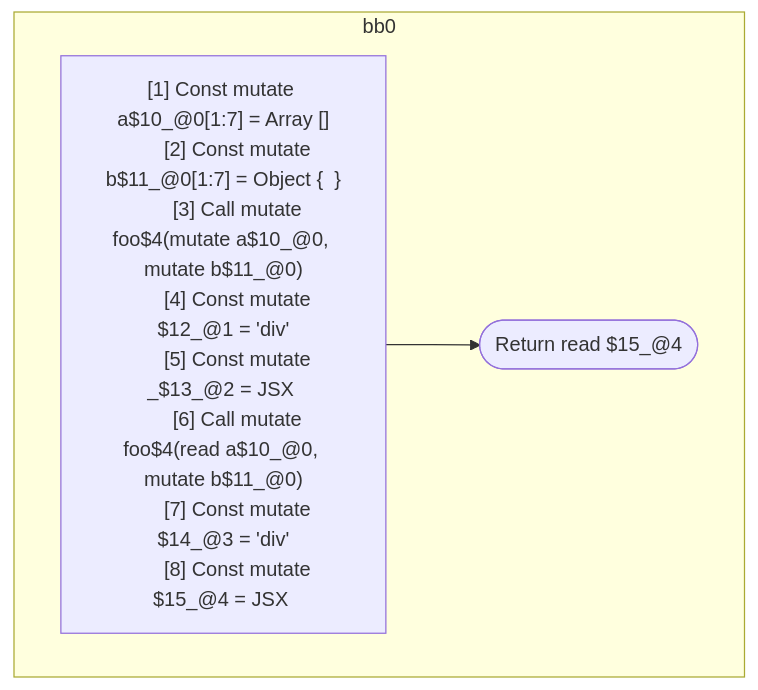
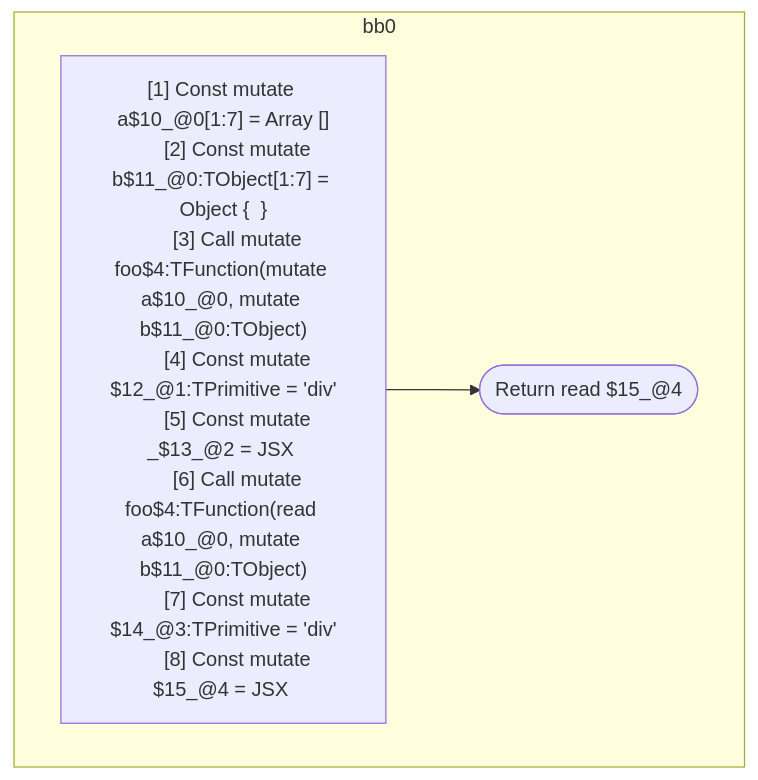
The second of 2 diagrams in compiler/forget/src/__tests__/fixtures/hir/ssa-call-jsx.expect.md (wutsmog/private), drawn with Mermaid before and after one commit. The commit also changed other lines of this file and 112 other files, not shown here.

````diff
--- a/compiler/forget/src/__tests__/fixtures/hir/ssa-call-jsx.expect.md
+++ b/compiler/forget/src/__tests__/fixtures/hir/ssa-call-jsx.expect.md
@@ -103,20 +103,20 @@
 ```mermaid
 flowchart TB
   %% Basic Blocks
   subgraph bb0
     bb0_instrs["
       [1] Const mutate a$10_@0[1:7] = Array []
-      [2] Const mutate b$11_@0[1:7] = Object {  }
-      [3] Call mutate foo$4(mutate a$10_@0, mutate b$11_@0)
-      [4] Const mutate $12_@1 = 'div'
-      [5] Const mutate _$13_@2 = JSX <read $12_@1 a={freeze a$10_@0} ></read $12_@1>
-      [6] Call mutate foo$4(read a$10_@0, mutate b$11_@0)
-      [7] Const mutate $14_@3 = 'div'
-      [8] Const mutate $15_@4 = JSX <read $14_@3 a={read a$10_@0} b={freeze b$11_@0} ></read $14_@3>
+      [2] Const mutate b$11_@0:TObject[1:7] = Object {  }
+      [3] Call mutate foo$4:TFunction(mutate a$10_@0, mutate b$11_@0:TObject)
+      [4] Const mutate $12_@1:TPrimitive = 'div'
+      [5] Const mutate _$13_@2 = JSX <read $12_@1:TPrimitive a={freeze a$10_@0} ></read $12_@1:TPrimitive>
+      [6] Call mutate foo$4:TFunction(read a$10_@0, mutate b$11_@0:TObject)
+      [7] Const mutate $14_@3:TPrimitive = 'div'
+      [8] Const mutate $15_@4 = JSX <read $14_@3:TPrimitive a={read a$10_@0} b={freeze b$11_@0:TObject} ></read $14_@3:TPrimitive>
     "]
     bb0_instrs --> bb0_terminal(["Return read $15_@4"])
   end
 
   %% Jumps
   %% empty
 ```
````
